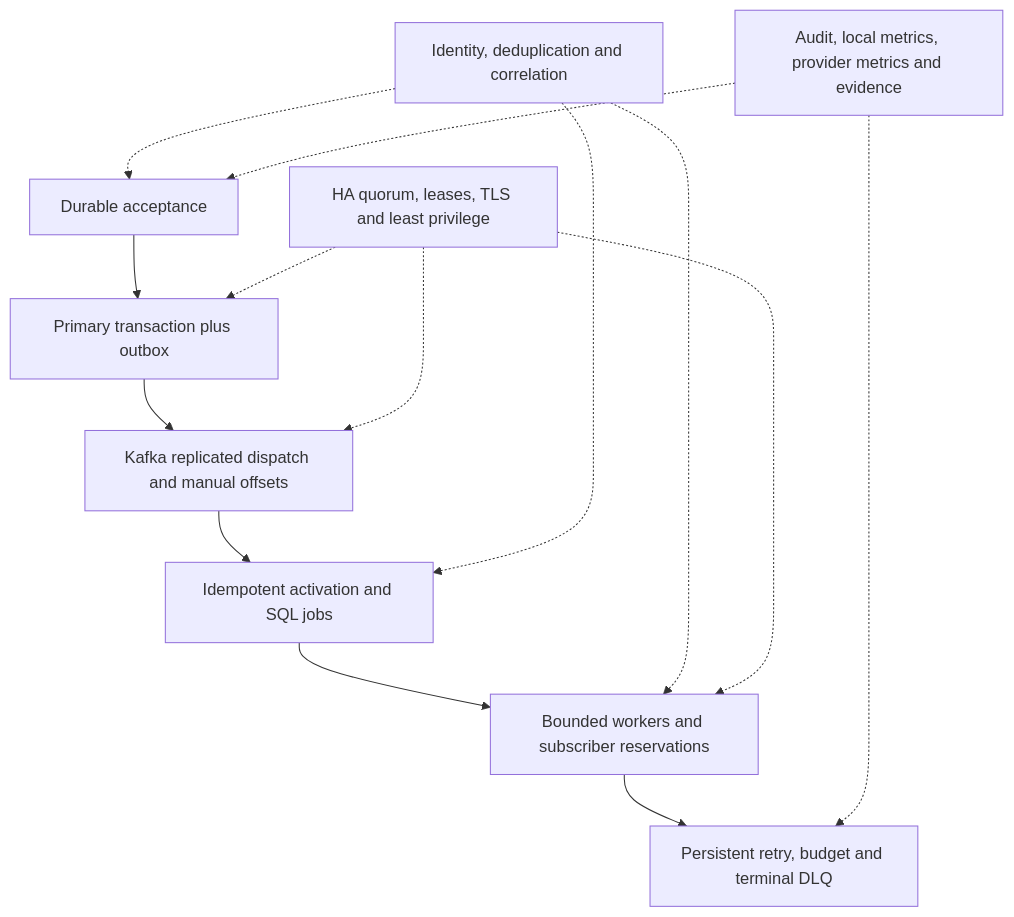
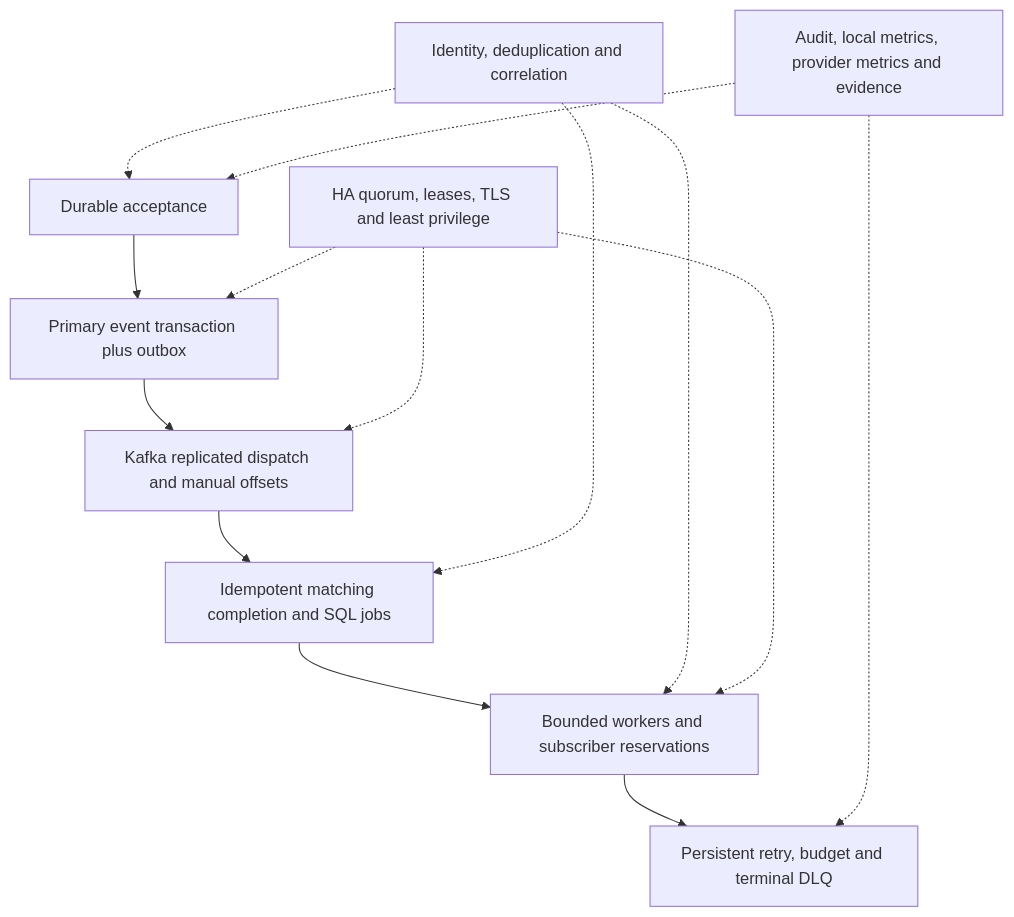
Before and after one commit to Sahil2237/notification-fanout: the first of 2 diagrams in docs/concepts-and-metrics.md, drawn with Mermaid. The commit also changed other lines of this file and 45 other files, not shown here.

````diff
--- a/docs/concepts-and-metrics.md
+++ b/docs/concepts-and-metrics.md
@@ -7,16 +9,16 @@
 ```mermaid
 flowchart TB
-    ACCEPT[Durable acceptance] --> TX[Primary transaction plus outbox]
+    ACCEPT[Durable acceptance] --> TX[Primary event transaction plus outbox]
     TX --> DISPATCH[Kafka replicated dispatch and manual offsets]
-    DISPATCH --> JOB[Idempotent activation and SQL jobs]
+    DISPATCH --> JOB[Idempotent matching completion and SQL jobs]
     JOB --> DELIVERY[Bounded workers and subscriber reservations]
     DELIVERY --> RETRY[Persistent retry, budget and terminal DLQ]
     ID[Identity, deduplication and correlation] -.-> ACCEPT
     ID -.-> JOB
     ID -.-> DELIVERY
     SAFETY[HA quorum, leases, TLS and least privilege] -.-> TX
     SAFETY -.-> DISPATCH
     SAFETY -.-> DELIVERY
     OBS[Audit, local metrics, provider metrics and evidence] -.-> ACCEPT
     OBS -.-> RETRY
 ```
````
